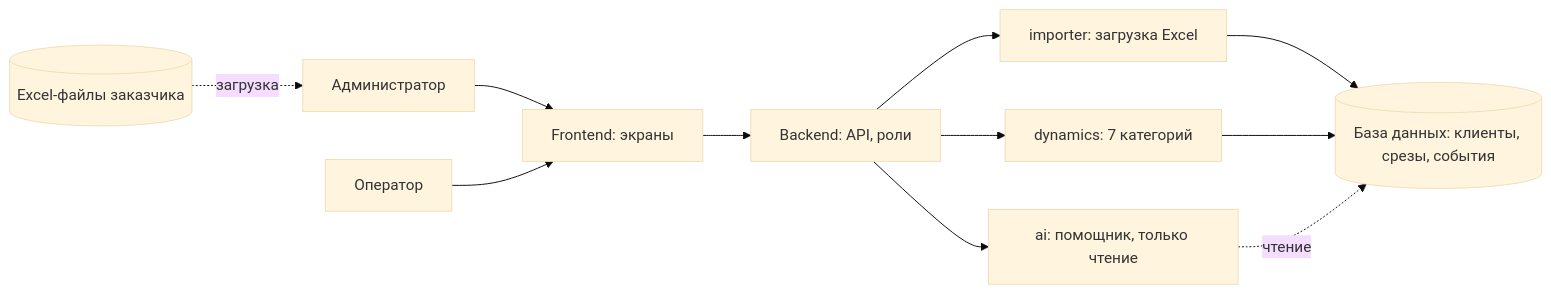
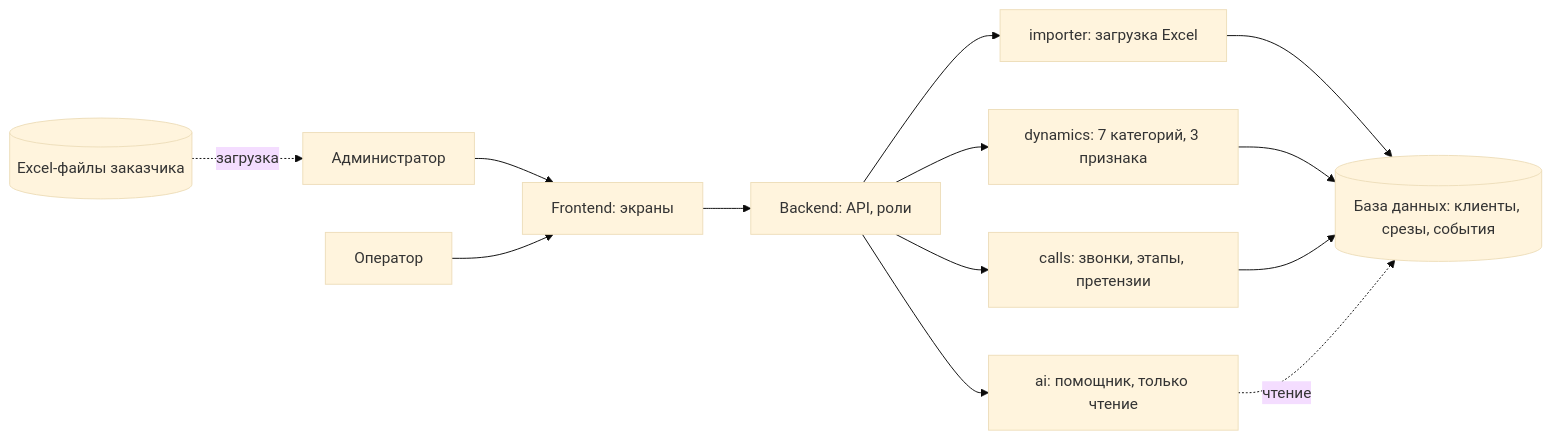
One commit to barny-kontur-team/Barny-Kontur changed the diagram in docs/c4.md. Above: the diagram before and after it, drawn with Mermaid (base theme). The commit also changed 8 other files, not shown here.

````diff
--- a/docs/c4.md
+++ b/docs/c4.md
@@ -3,13 +3,15 @@
 ```mermaid
 flowchart LR
   A[Администратор] --> F[Frontend: экраны]
   O[Оператор] --> F
   X[(Excel-файлы заказчика)] -. загрузка .-> A
   F --> B[Backend: API, роли]
   B --> I[importer: загрузка Excel]
-  B --> D[dynamics: 7 категорий]
+  B --> D[dynamics: 7 категорий, 3 признака]
+  B --> C[calls: звонки, этапы, претензии]
   B --> AI[ai: помощник, только чтение]
   I --> DB[(База данных: клиенты, срезы, события)]
   D --> DB
+  C --> DB
   AI -. чтение .-> DB
 ```
````
